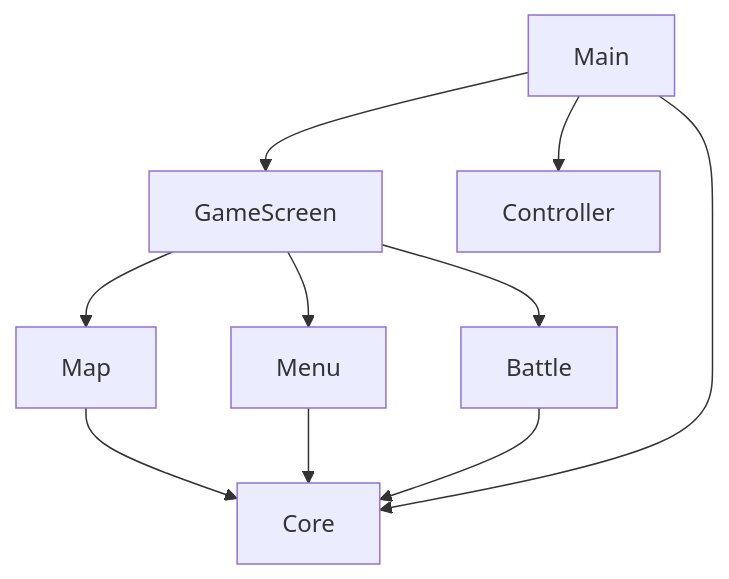
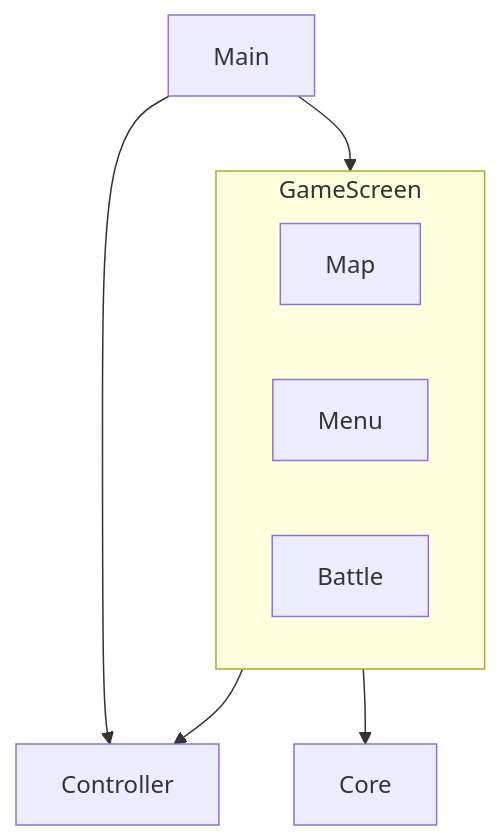
The first of 2 diagrams in README.md (sbkinoko/RPGEngine2), drawn with Mermaid before and after one commit.

````diff
--- a/README.md
+++ b/README.md
@@ -7,19 +7,12 @@
 ```mermaid
 graph TD;
-  A-->B;
-  A-->C;
-  B-->D;
-  B-->E;
-  B-->F;
-  D-->G;
-  E-->G;
-  F-->G;
-  A-->G;
-  A[Main];
-  B[GameScreen];
-  C[Controller];
-  D[Map];
-  E[Menu];
-  F[Battle];
-  G[Core];
+  Main --> GameScreen;
+  Main --> Controller;
+  subgraph GameScreen;
+    Map;
+    Menu;
+    Battle;
+  end;
+  GameScreen --> Core;
+  GameScreen --> Controller;
 ```
````
